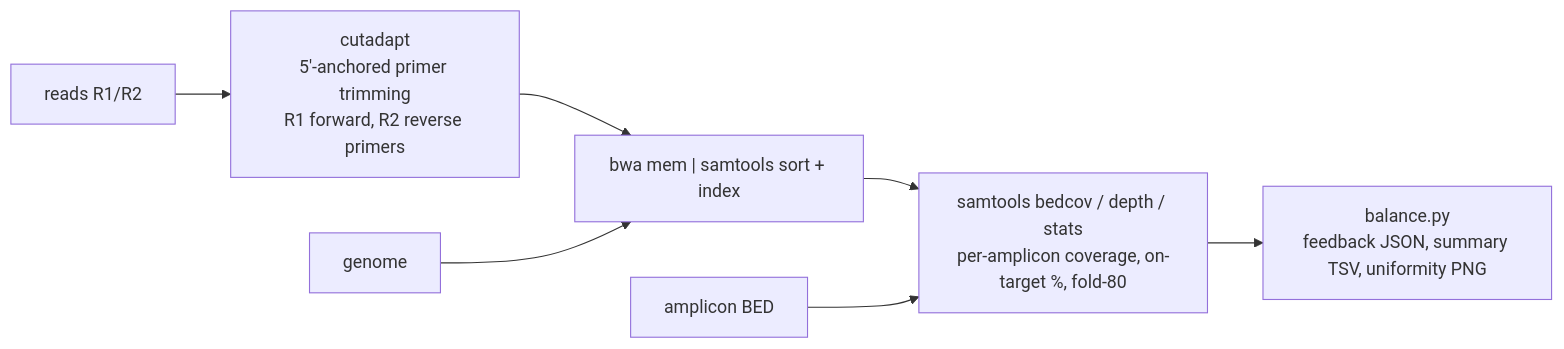
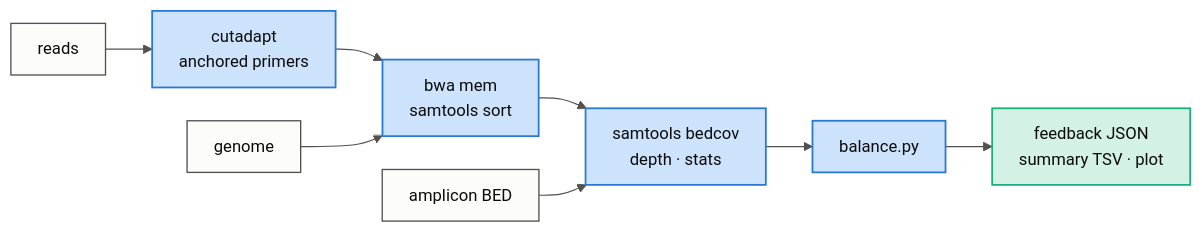
One commit to AHumanBrain/my_amplicon_project changed the third of 4 diagrams in README.md. Above: the diagram before and after it, drawn with Mermaid. The commit also changed other lines of this file and 8 other files, not shown here.

````diff
--- a/README.md
+++ b/README.md
@@ -242,9 +113,15 @@
 ```mermaid
+%%{init: {"theme":"base","themeVariables":{"fontFamily":"Inter, system-ui, -apple-system, Segoe UI, sans-serif","fontSize":"15px","background":"#fcfcfb","primaryColor":"#cde2fb","primaryBorderColor":"#2a78d6","primaryTextColor":"#0b0b0b","secondaryColor":"#d3f1e5","tertiaryColor":"#fde1d6","lineColor":"#52514e","textColor":"#0b0b0b","clusterBkg":"#fcfcfb","clusterBorder":"#e4e3df","edgeLabelBackground":"#fcfcfb"},"flowchart":{"curve":"basis","nodeSpacing":30,"rankSpacing":42,"padding":12}}}%%
 flowchart LR
-    R["reads R1/R2"] --> TR["cutadapt<br/>5'-anchored primer trimming<br/>R1 forward, R2 reverse primers"]
-    TR --> AL["bwa mem | samtools sort + index"]
-    GN["genome"] --> AL
-    AL --> M["samtools bedcov / depth / stats<br/>per-amplicon coverage, on-target %, fold-80"]
-    BED["amplicon BED"] --> M
-    M --> RP["balance.py<br/>feedback JSON, summary TSV, uniformity PNG"]
+    R["reads"]:::plain --> TR["cutadapt<br/>anchored primers"]:::step
+    TR --> AL["bwa mem<br/>samtools sort"]:::step
+    GN["genome"]:::plain --> AL
+    AL --> M["samtools bedcov<br/>depth · stats"]:::step
+    BED["amplicon BED"]:::plain --> M
+    M --> RP["balance.py"]:::step
+    RP --> OUT["feedback JSON<br/>summary TSV · plot"]:::out
+    classDef step fill:#cde2fb,stroke:#2a78d6,stroke-width:1.6px,color:#0b0b0b
+    classDef out fill:#d3f1e5,stroke:#1baf7a,stroke-width:1.6px,color:#0b0b0b
+    classDef warn fill:#fde1d6,stroke:#eb6834,stroke-width:1.6px,color:#0b0b0b
+    classDef plain fill:#fcfcfb,stroke:#52514e,stroke-width:1.2px,color:#0b0b0b
 ```
````
